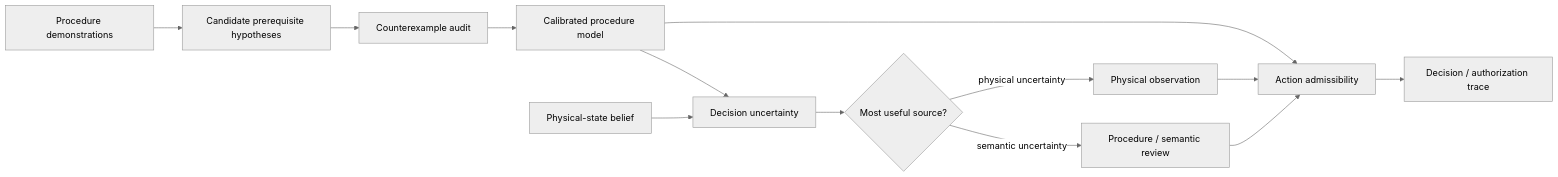
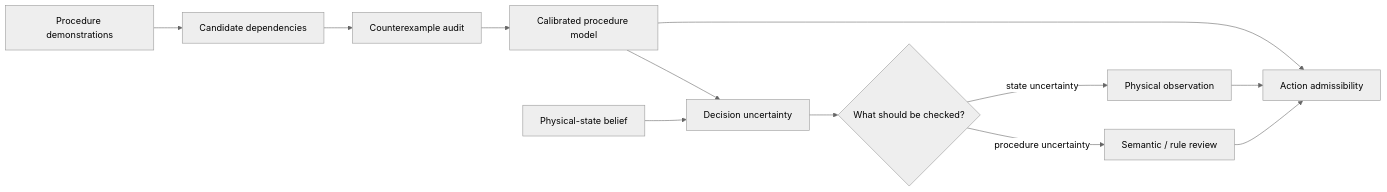
The diagram in README.md (lebedeffson/DOVOD), drawn with Mermaid (neutral theme) before and after one commit. The commit also changed other lines of this file, not shown here.

````diff
--- a/README.md
+++ b/README.md
@@ -16,15 +21,15 @@
 ```mermaid
 flowchart LR
-    D[Procedure demonstrations] --> H[Candidate prerequisite hypotheses]
+    D[Procedure demonstrations] --> H[Candidate dependencies]
     H --> C[Counterexample audit]
     C --> G[Calibrated procedure model]
     G --> A[Action admissibility]
+
     S[Physical-state belief] --> U[Decision uncertainty]
     G --> U
-    U --> Q{Most useful source?}
-    Q -->|physical uncertainty| P[Physical observation]
-    Q -->|semantic uncertainty| R[Procedure / semantic review]
+    U --> Q{What should be checked?}
+    Q -->|state uncertainty| P[Physical observation]
+    Q -->|procedure uncertainty| R[Semantic / rule review]
     P --> A
     R --> A
-    A --> X[Decision / authorization trace]
 ```
````
